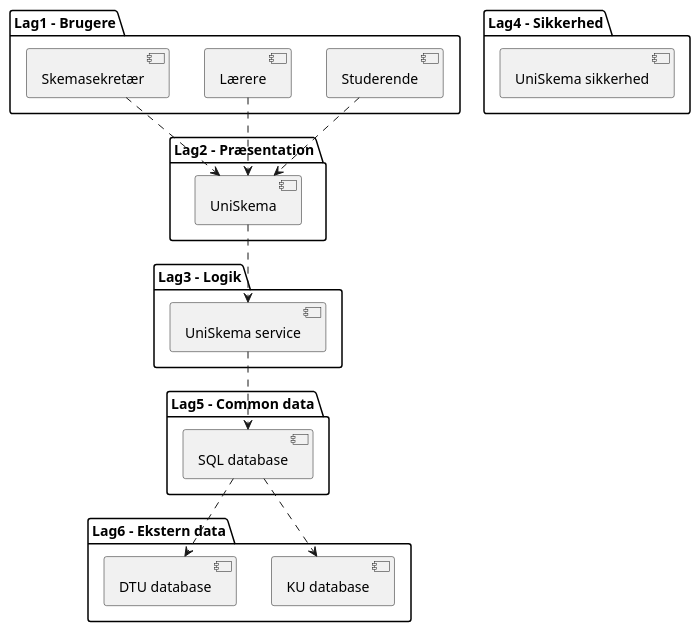
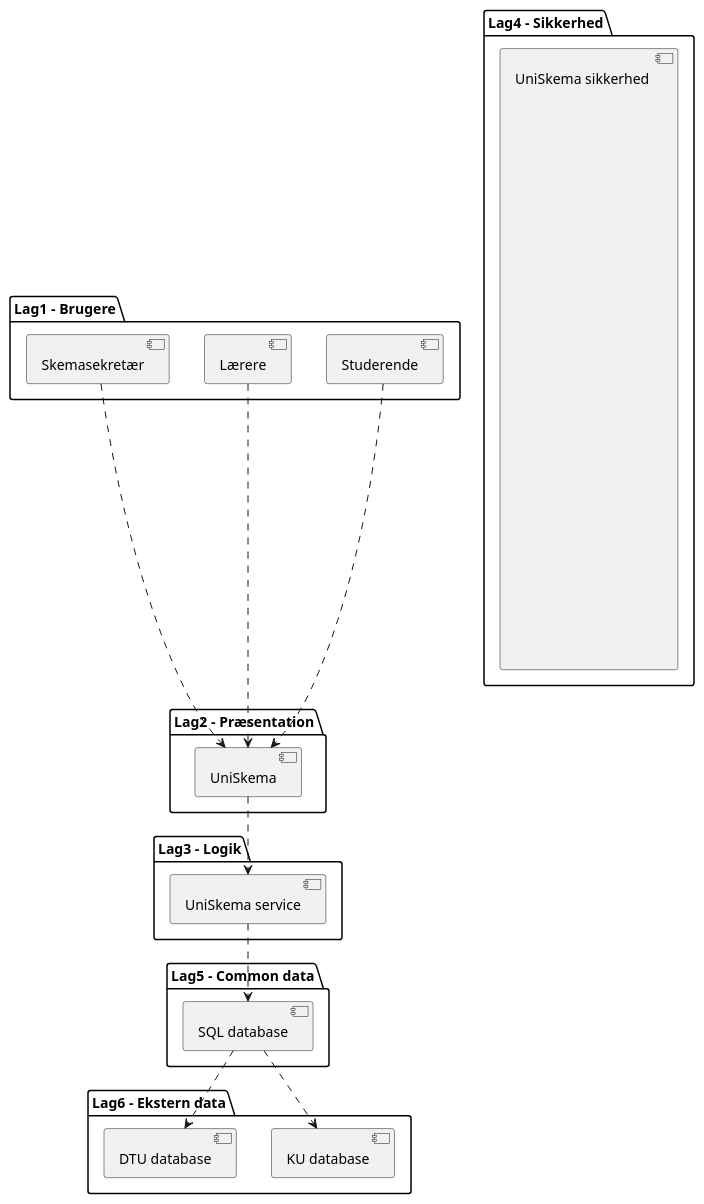
One commit to MadsSchroder/Systemudvikling-Eksamen-KU changed the diagram in Diagrams/arkitektur diagram.puml. Above: the diagram before and after it, drawn with PlantUML.

Commit message:
Arkitektur diagrem

```diff
--- a/Diagrams/arkitektur diagram.puml
+++ b/Diagrams/arkitektur diagram.puml
@@ -1,38 +1,38 @@
 @startuml
 package "Lag1 - Brugere" {
   [Studerende]
   [Lærere]
   [Skemasekretær]
 }
 
 package "Lag2 - Præsentation" {
   [UniSkema]
 }
 
 package "Lag3 - Logik" {
   [UniSkema service]
 }
 
 package "Lag4 - Sikkerhed" {
-    [UniSkema sikkerhed]
+    [UniSkema sikkerhed \n\n\n\n\n\n\n\n\n\n\n\n\n\n\n\n\n\n\n\n\n\n\n\n\n\n\n\n\n\n]
 }
 
 package "Lag5 - Common data" {
     [SQL database]
 }
 
 package "Lag6 - Ekstern data" {
     [KU database]
     [DTU database]
 }
 
 [Studerende] ..> [UniSkema]
 [Skemasekretær] ..> [UniSkema]
 [Lærere] ..> [UniSkema]
 [UniSkema] ..> [UniSkema service]
 [UniSkema service] ..> [SQL database]
 [SQL database] ..> [KU database]
 [SQL database] ..> [DTU database]
 
 
 @enduml
```
